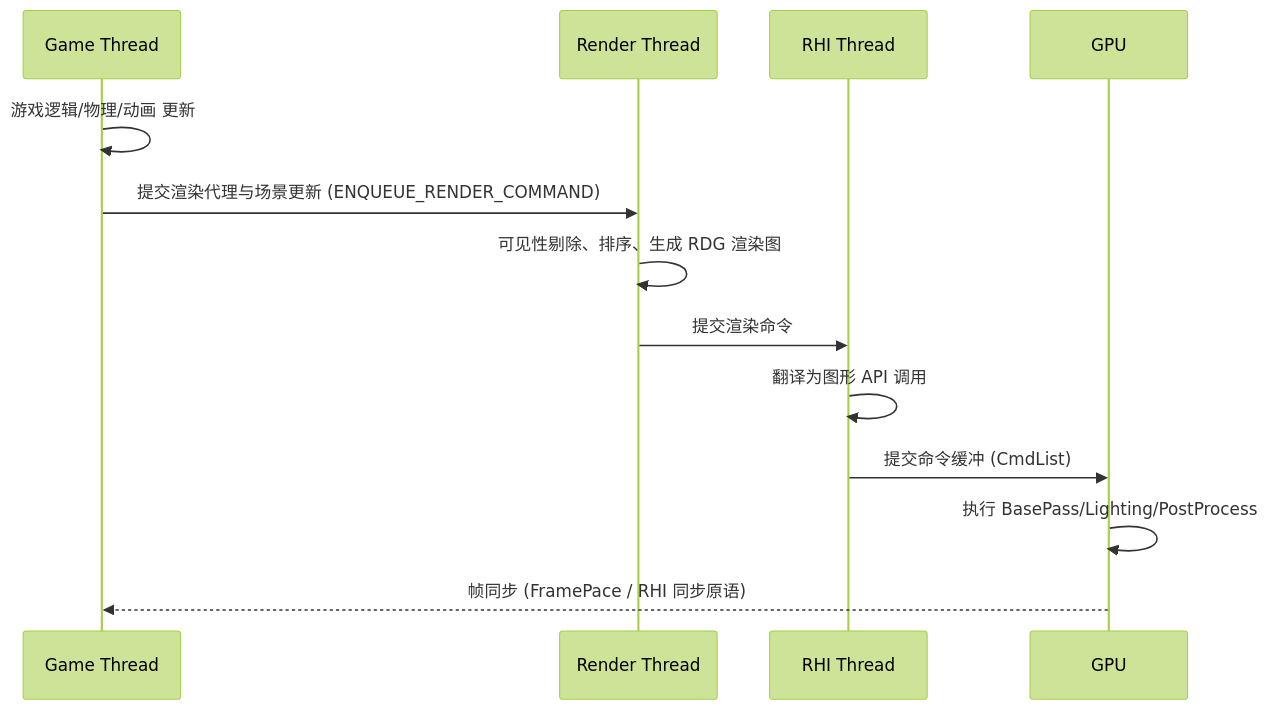
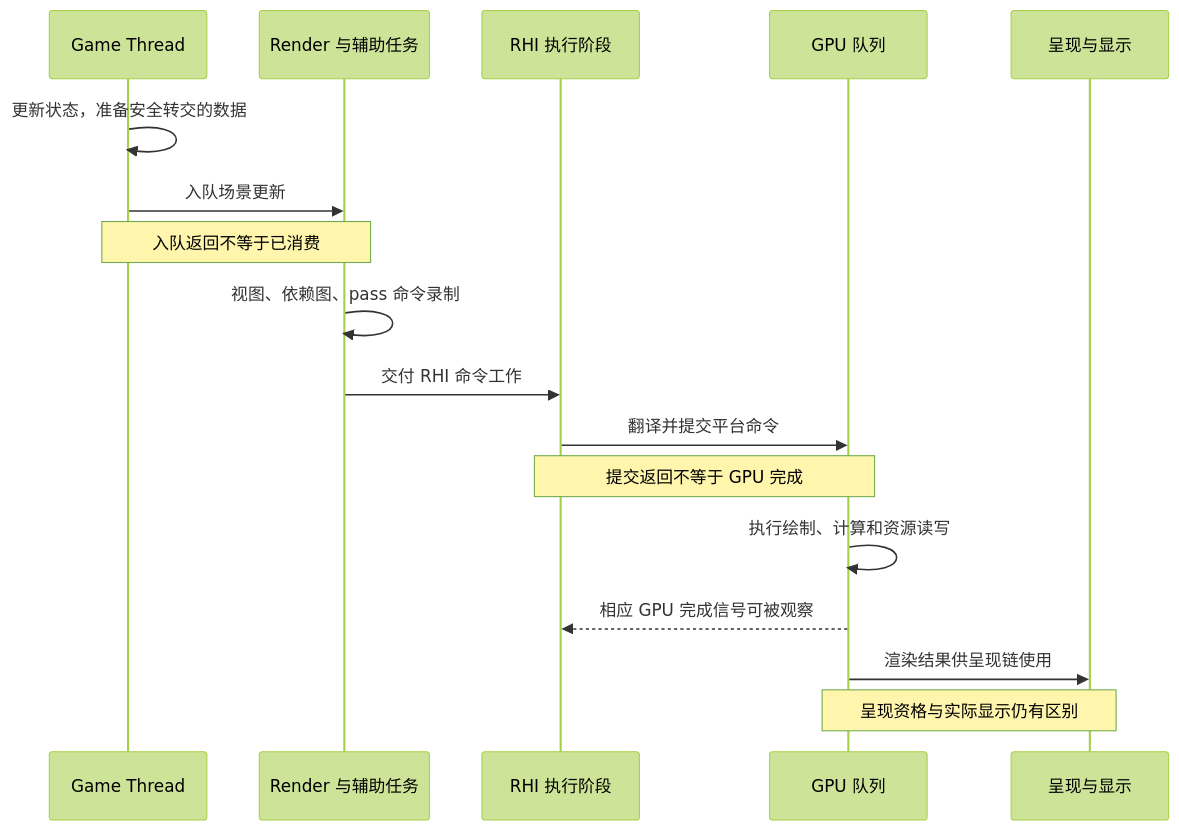
One commit to fantuan812/learning changed the first of 4 diagrams in 知识/04-图形动画与物理仿真/渲染管线与光照/01-渲染管线概览.md. Above: the diagram before and after it, drawn with Mermaid (forest theme). The commit also changed other lines of this file and 1 other file, not shown here.

````diff
--- a/知识/04-图形动画与物理仿真/渲染管线与光照/01-渲染管线概览.md
+++ b/知识/04-图形动画与物理仿真/渲染管线与光照/01-渲染管线概览.md
@@ -71,15 +134,19 @@
 ```mermaid
 sequenceDiagram
     participant G as Game Thread
-    participant R as Render Thread
-    participant RHI as RHI Thread
-    participant GPU as GPU
-    G->>G: 游戏逻辑/物理/动画 更新
-    G->>R: 提交渲染代理与场景更新 (ENQUEUE_RENDER_COMMAND)
-    R->>R: 可见性剔除、排序、生成 RDG 渲染图
-    R->>RHI: 提交渲染命令
-    RHI->>RHI: 翻译为图形 API 调用
-    RHI->>GPU: 提交命令缓冲 (CmdList)
-    GPU->>GPU: 执行 BasePass/Lighting/PostProcess
-    GPU-->>G: 帧同步 (FramePace / RHI 同步原语)
+    participant R as Render 与辅助任务
+    participant H as RHI 执行阶段
+    participant U as GPU 队列
+    participant D as 呈现与显示
+    G->>G: 更新状态，准备安全转交的数据
+    G->>R: 入队场景更新
+    Note over G,R: 入队返回不等于已消费
+    R->>R: 视图、依赖图、pass 命令录制
+    R->>H: 交付 RHI 命令工作
+    H->>U: 翻译并提交平台命令
+    Note over H,U: 提交返回不等于 GPU 完成
+    U->>U: 执行绘制、计算和资源读写
+    U-->>H: 相应 GPU 完成信号可被观察
+    U->>D: 渲染结果供呈现链使用
+    Note over U,D: 呈现资格与实际显示仍有区别
 ```
````
